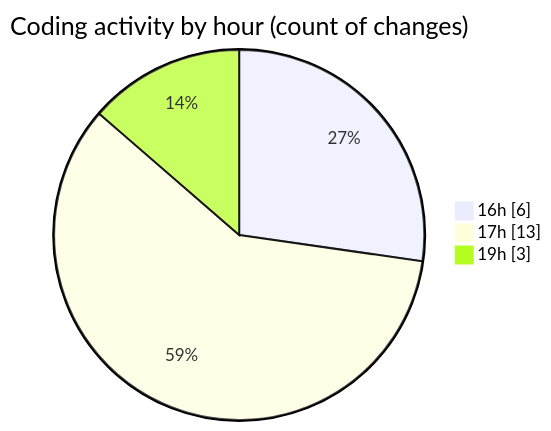
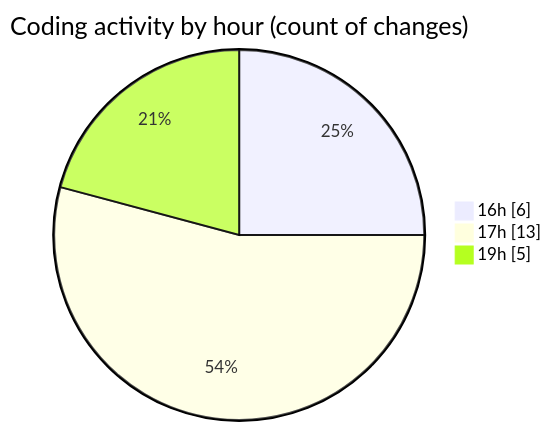
The second of 2 diagrams in 2025-06-22/studio-backend/README.md (idhammustaqopulfikri/code-tracking), drawn with Mermaid before and after one commit. The commit also changed other lines of this file and 1 other file, not shown here.

````diff
--- a/2025-06-22/studio-backend/README.md
+++ b/2025-06-22/studio-backend/README.md
@@ -34,7 +34,7 @@
 ```mermaid
 pie showData
 title Coding activity by hour (count of changes)
 "16h" : 6
 "17h" : 13
-"19h" : 3
+"19h" : 5
 ```
````
